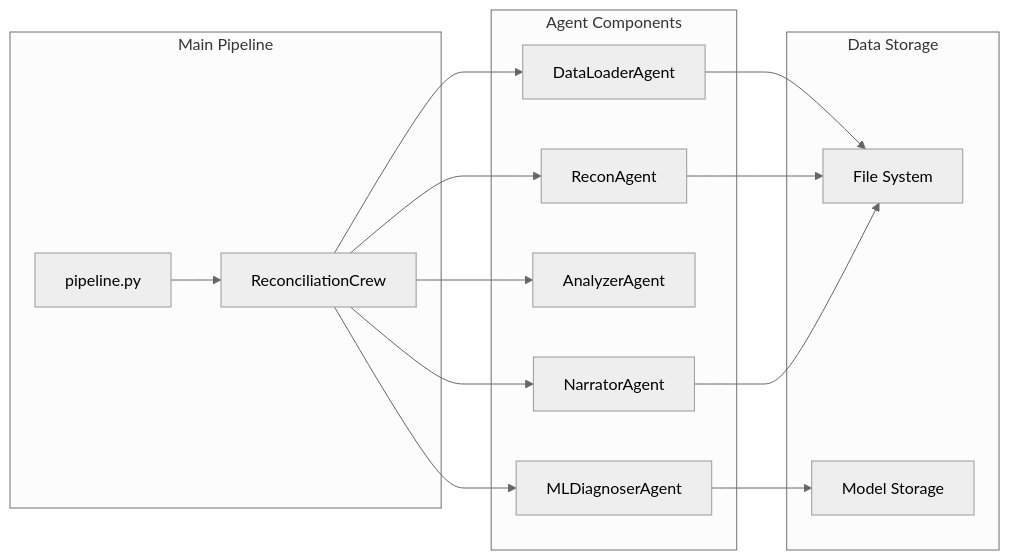
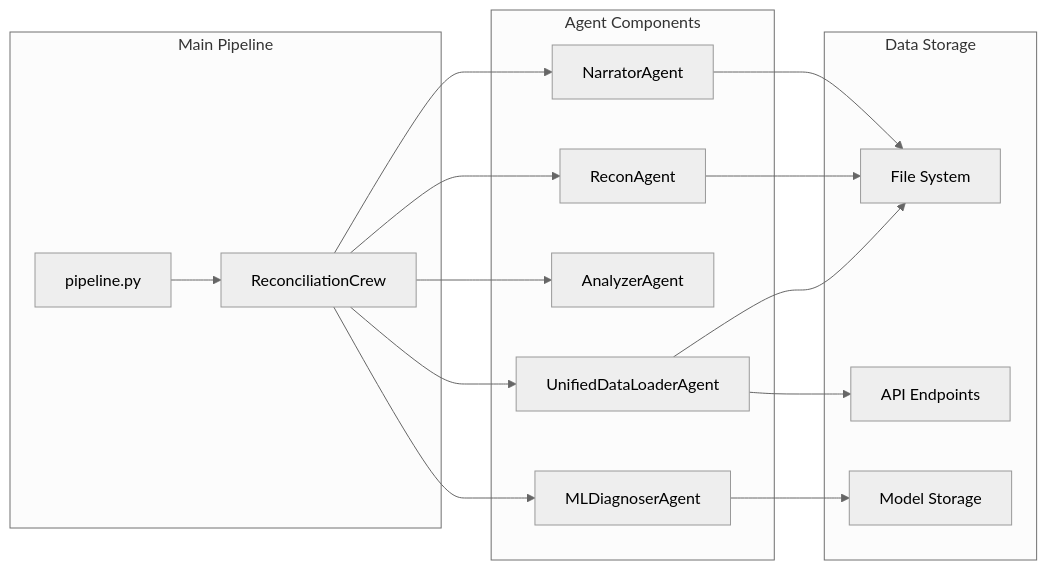
Before and after one commit to ksmadhavareddy/recon-ai: the sixth of 21 diagrams in docs/DIAGRAMS.md, drawn with Mermaid (neutral theme). The commit also changed other lines of this file and 3 other files, not shown here.

First line of the commit message:
docs: update remaining documentation files to reflect unified data loader

````diff
--- a/docs/DIAGRAMS.md
+++ b/docs/DIAGRAMS.md
@@ -141,32 +153,34 @@
 ```mermaid
 graph LR
     subgraph "Main Pipeline"
         P[pipeline.py]
         C[ReconciliationCrew]
     end
     
     subgraph "Agent Components"
-        DLA[DataLoaderAgent]
+        UDLA[UnifiedDataLoaderAgent]
         RA[ReconAgent]
         AA[AnalyzerAgent]
         MLA[MLDiagnoserAgent]
         NA[NarratorAgent]
     end
     
     subgraph "Data Storage"
         FS[File System]
+        API[API Endpoints]
         M[Model Storage]
     end
     
     P --> C
-    C --> DLA
+    C --> UDLA
     C --> RA
     C --> AA
     C --> MLA
     C --> NA
     
-    DLA --> FS
+    UDLA --> FS
+    UDLA --> API
     RA --> FS
     NA --> FS
     MLA --> M
 ```
````
